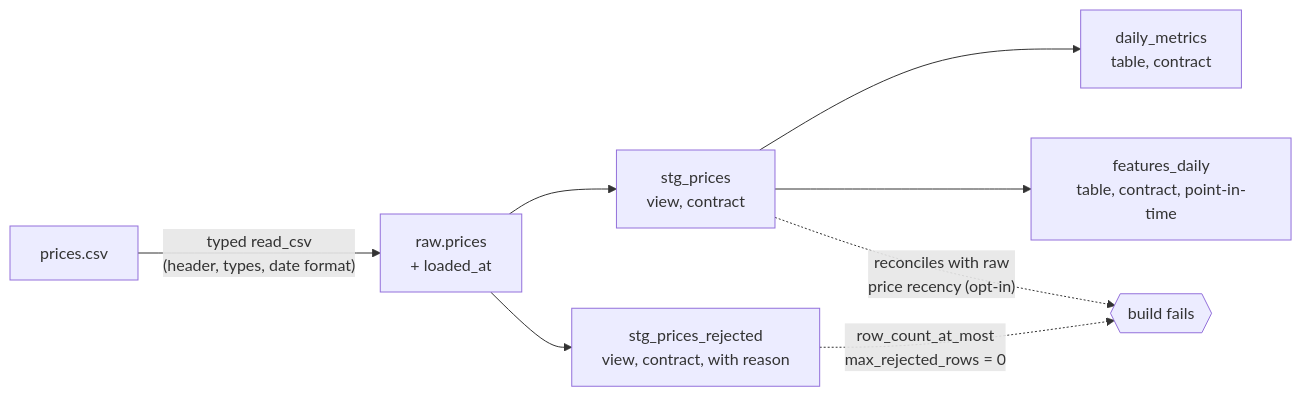
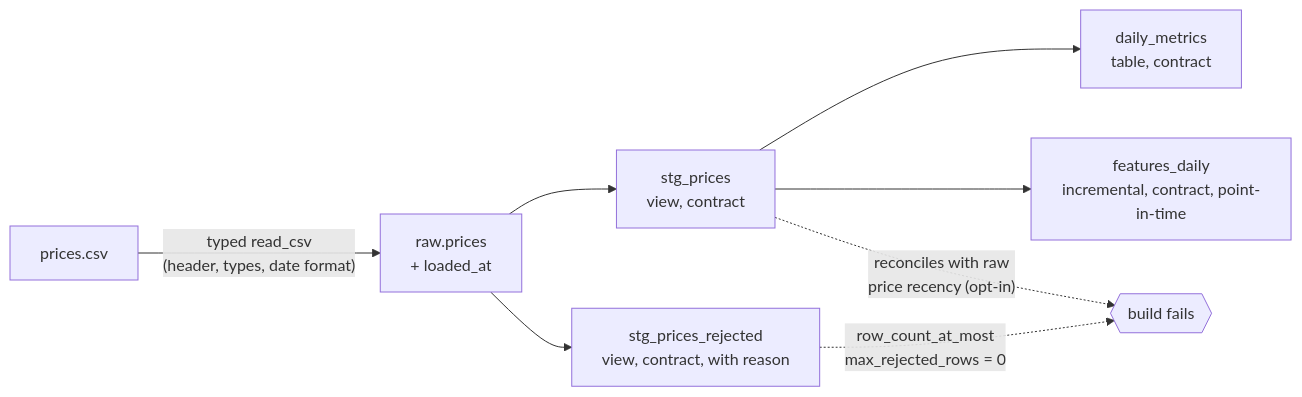
One commit to Rodrigo-Palma/market-elt changed the diagram in README.md. Above: the diagram before and after it, drawn with Mermaid. The commit also changed other lines of this file and 1 other file, not shown here.

Commit message:
docs: README and changelog for the incremental features_daily

````diff
--- a/README.md
+++ b/README.md
@@ -58,10 +62,10 @@
 ```mermaid
 flowchart LR
     csv[prices.csv] -->|"typed read_csv<br/>(header, types, date format)"| raw[raw.prices<br/>+ loaded_at]
     raw --> stg[stg_prices<br/>view, contract]
     raw --> rej[stg_prices_rejected<br/>view, contract, with reason]
     stg --> dm[daily_metrics<br/>table, contract]
-    stg --> fd[features_daily<br/>table, contract, point-in-time]
+    stg --> fd[features_daily<br/>incremental, contract, point-in-time]
     rej -. "row_count_at_most<br/>max_rejected_rows = 0" .-> gate{{build fails}}
     stg -. "reconciles with raw<br/>price recency (opt-in)" .-> gate
 ```
````
